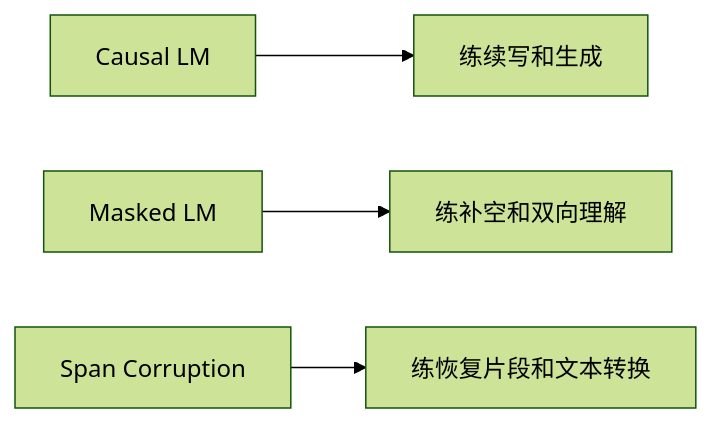
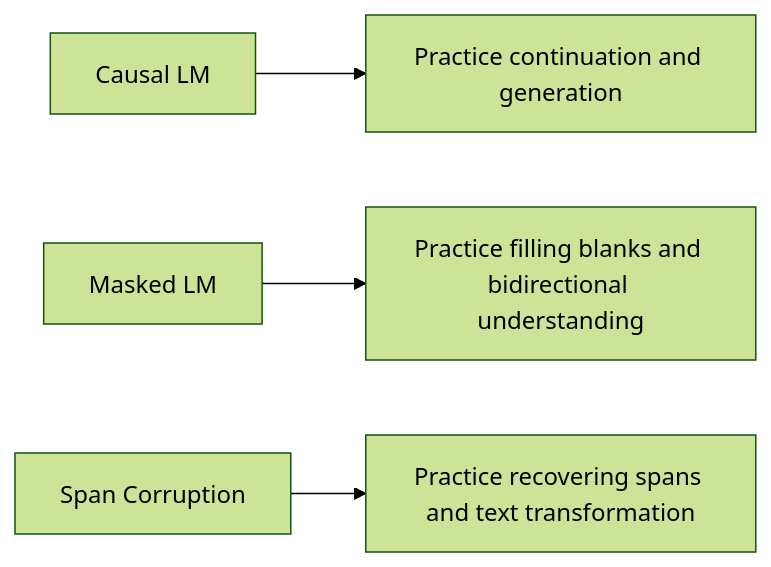
One commit to oudbiao/AI-fullstack-course changed the diagram in docs/ch07-llm-principles/ch04-pretraining/02-pretraining-methods.md. Above: the diagram before and after it, drawn with Mermaid (forest theme). The commit also changed other lines of this file and 1406 other files, not shown here.

````diff
--- a/docs/ch07-llm-principles/ch04-pretraining/02-pretraining-methods.md
+++ b/docs/ch07-llm-principles/ch04-pretraining/02-pretraining-methods.md
@@ -40,6 +40,6 @@
 ```mermaid
 flowchart LR
-    A["Causal LM"] --> B["练续写和生成"]
-    C["Masked LM"] --> D["练补空和双向理解"]
-    E["Span Corruption"] --> F["练恢复片段和文本转换"]
+    A["Causal LM"] --> B["Practice continuation and generation"]
+    C["Masked LM"] --> D["Practice filling blanks and bidirectional understanding"]
+    E["Span Corruption"] --> F["Practice recovering spans and text transformation"]
 ```
````
